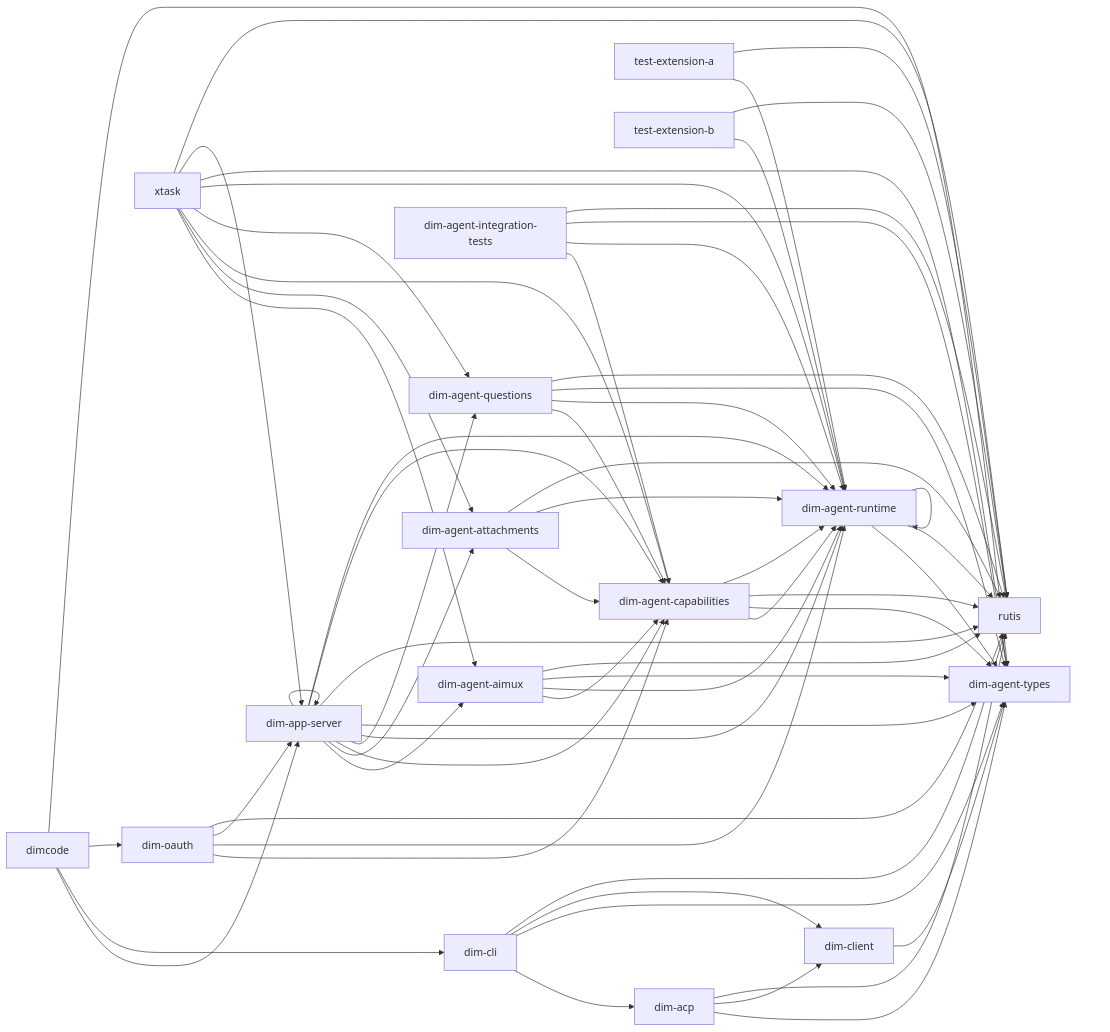
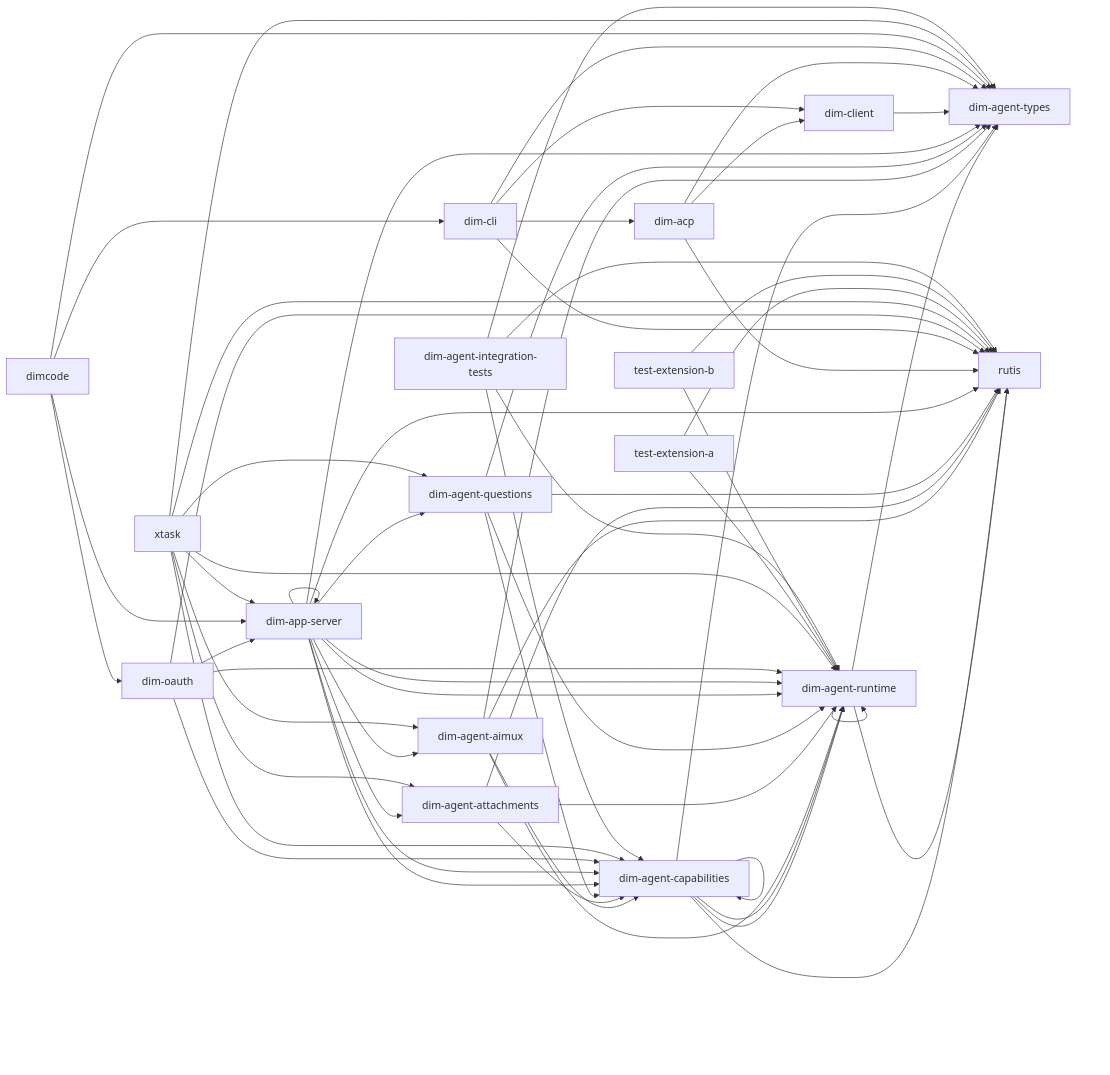
The diagram in docs/architecture/rust-agent/generated/crates.mmd (CoutinhoTTS/dim-agent), drawn with Mermaid before and after one commit. The commit also changed 8 other files, not shown here.

```diff
--- a/docs/architecture/rust-agent/generated/crates.mmd
+++ b/docs/architecture/rust-agent/generated/crates.mmd
@@ -1,62 +1,63 @@
 %% Generated from cargo metadata; do not edit.
 flowchart LR
   dim_agent_runtime["dim-agent-runtime"] --> dim_agent_types["dim-agent-types"]
   dim_agent_runtime["dim-agent-runtime"] --> rutis["rutis"]
   dim_agent_runtime["dim-agent-runtime"] --> dim_agent_runtime["dim-agent-runtime"]
   dim_agent_capabilities["dim-agent-capabilities"] --> dim_agent_runtime["dim-agent-runtime"]
   dim_agent_capabilities["dim-agent-capabilities"] --> dim_agent_types["dim-agent-types"]
   dim_agent_capabilities["dim-agent-capabilities"] --> rutis["rutis"]
+  dim_agent_capabilities["dim-agent-capabilities"] --> dim_agent_capabilities["dim-agent-capabilities"]
   dim_agent_capabilities["dim-agent-capabilities"] --> dim_agent_runtime["dim-agent-runtime"]
   dim_agent_aimux["dim-agent-aimux"] --> dim_agent_capabilities["dim-agent-capabilities"]
   dim_agent_aimux["dim-agent-aimux"] --> dim_agent_runtime["dim-agent-runtime"]
   dim_agent_aimux["dim-agent-aimux"] --> dim_agent_types["dim-agent-types"]
   dim_agent_aimux["dim-agent-aimux"] --> rutis["rutis"]
   dim_agent_attachments["dim-agent-attachments"] --> dim_agent_capabilities["dim-agent-capabilities"]
   dim_agent_attachments["dim-agent-attachments"] --> dim_agent_runtime["dim-agent-runtime"]
   dim_agent_attachments["dim-agent-attachments"] --> rutis["rutis"]
   dim_agent_questions["dim-agent-questions"] --> dim_agent_capabilities["dim-agent-capabilities"]
   dim_agent_questions["dim-agent-questions"] --> dim_agent_runtime["dim-agent-runtime"]
   dim_agent_questions["dim-agent-questions"] --> dim_agent_types["dim-agent-types"]
   dim_agent_questions["dim-agent-questions"] --> rutis["rutis"]
   dim_app_server["dim-app-server"] --> dim_agent_aimux["dim-agent-aimux"]
   dim_app_server["dim-app-server"] --> dim_agent_attachments["dim-agent-attachments"]
   dim_app_server["dim-app-server"] --> dim_agent_capabilities["dim-agent-capabilities"]
   dim_app_server["dim-app-server"] --> dim_agent_questions["dim-agent-questions"]
   dim_app_server["dim-app-server"] --> dim_agent_runtime["dim-agent-runtime"]
   dim_app_server["dim-app-server"] --> dim_agent_types["dim-agent-types"]
   dim_app_server["dim-app-server"] --> rutis["rutis"]
   dim_app_server["dim-app-server"] --> dim_agent_capabilities["dim-agent-capabilities"]
   dim_app_server["dim-app-server"] --> dim_agent_runtime["dim-agent-runtime"]
   dim_app_server["dim-app-server"] --> dim_app_server["dim-app-server"]
   dim_client["dim-client"] --> dim_agent_types["dim-agent-types"]
   dim_acp["dim-acp"] --> dim_agent_types["dim-agent-types"]
   dim_acp["dim-acp"] --> dim_client["dim-client"]
   dim_acp["dim-acp"] --> rutis["rutis"]
   dim_cli["dim-cli"] --> dim_acp["dim-acp"]
   dim_cli["dim-cli"] --> dim_agent_types["dim-agent-types"]
   dim_cli["dim-cli"] --> dim_client["dim-client"]
   dim_cli["dim-cli"] --> rutis["rutis"]
   dim_oauth["dim-oauth"] --> dim_agent_capabilities["dim-agent-capabilities"]
   dim_oauth["dim-oauth"] --> dim_agent_runtime["dim-agent-runtime"]
   dim_oauth["dim-oauth"] --> dim_app_server["dim-app-server"]
   dim_oauth["dim-oauth"] --> rutis["rutis"]
   dimcode["dimcode"] --> dim_app_server["dim-app-server"]
   dimcode["dimcode"] --> dim_cli["dim-cli"]
   dimcode["dimcode"] --> dim_oauth["dim-oauth"]
   dimcode["dimcode"] --> dim_agent_types["dim-agent-types"]
   xtask["xtask"] --> dim_agent_aimux["dim-agent-aimux"]
   xtask["xtask"] --> dim_agent_attachments["dim-agent-attachments"]
   xtask["xtask"] --> dim_agent_capabilities["dim-agent-capabilities"]
   xtask["xtask"] --> dim_agent_questions["dim-agent-questions"]
   xtask["xtask"] --> dim_agent_runtime["dim-agent-runtime"]
   xtask["xtask"] --> dim_agent_types["dim-agent-types"]
   xtask["xtask"] --> dim_app_server["dim-app-server"]
   xtask["xtask"] --> rutis["rutis"]
   test_extension_a["test-extension-a"] --> dim_agent_runtime["dim-agent-runtime"]
   test_extension_a["test-extension-a"] --> rutis["rutis"]
   test_extension_b["test-extension-b"] --> dim_agent_runtime["dim-agent-runtime"]
   test_extension_b["test-extension-b"] --> rutis["rutis"]
   dim_agent_integration_tests["dim-agent-integration-tests"] --> dim_agent_capabilities["dim-agent-capabilities"]
   dim_agent_integration_tests["dim-agent-integration-tests"] --> dim_agent_runtime["dim-agent-runtime"]
   dim_agent_integration_tests["dim-agent-integration-tests"] --> dim_agent_types["dim-agent-types"]
   dim_agent_integration_tests["dim-agent-integration-tests"] --> rutis["rutis"]
```
